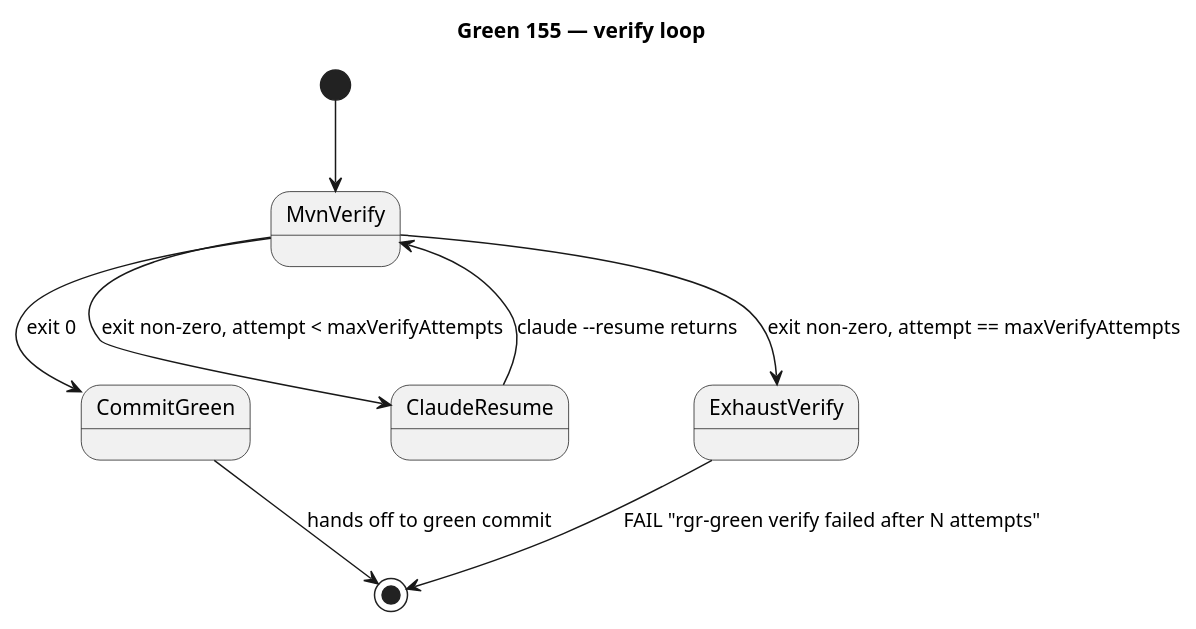
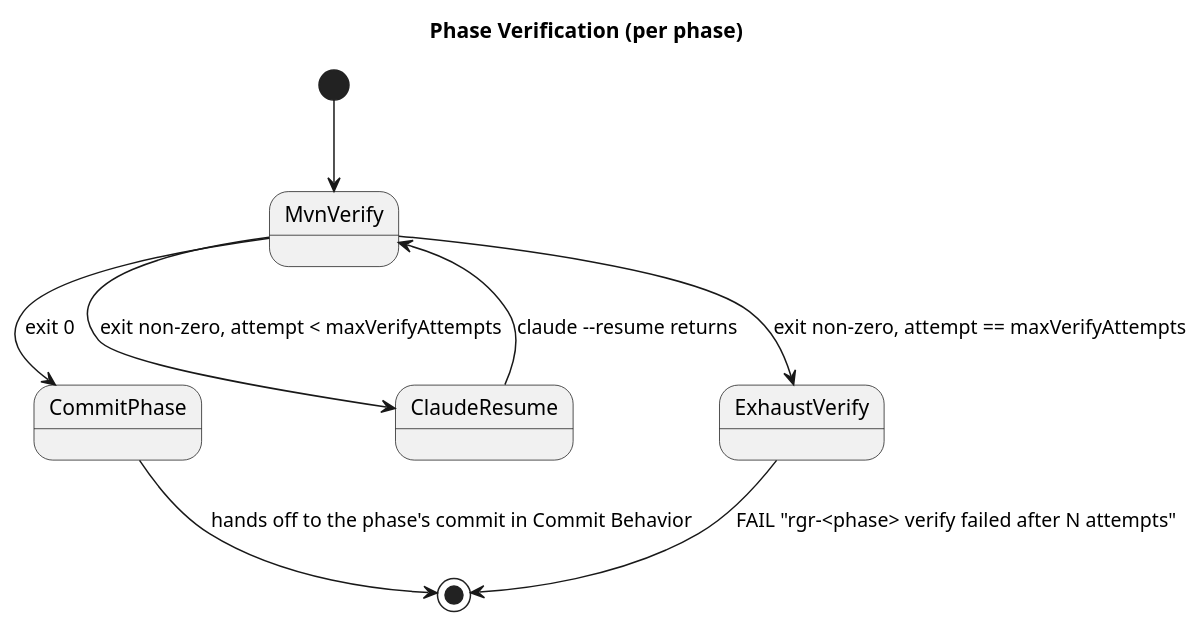
Before and after one commit to farhan5248/sheep-dog-qa: the ninth of 11 diagrams in sheep-dog-features/src/test/resources/asciidoc/specs/Darmok/model.md, drawn with PlantUML. The commit also changed other lines of this file and 17 other files, not shown here.

````diff
--- a/sheep-dog-features/src/test/resources/asciidoc/specs/Darmok/model.md
+++ b/sheep-dog-features/src/test/resources/asciidoc/specs/Darmok/model.md
@@ -255,14 +294,14 @@
 ```plantuml
 @startuml
-title Green 155 — verify loop
+title Phase Verification (per phase)
 
 [*] --> MvnVerify
-MvnVerify --> CommitGreen : exit 0
+MvnVerify --> CommitPhase : exit 0
 MvnVerify --> ClaudeResume : exit non-zero, attempt < maxVerifyAttempts
 MvnVerify --> ExhaustVerify : exit non-zero, attempt == maxVerifyAttempts
 ClaudeResume --> MvnVerify : claude --resume returns
-ExhaustVerify --> [*] : FAIL "rgr-green verify failed after N attempts"
-CommitGreen --> [*] : hands off to green commit
+ExhaustVerify --> [*] : FAIL "rgr-<phase> verify failed after N attempts"
+CommitPhase --> [*] : hands off to the phase's commit in Commit Behavior
 
 @enduml
 ```
````
